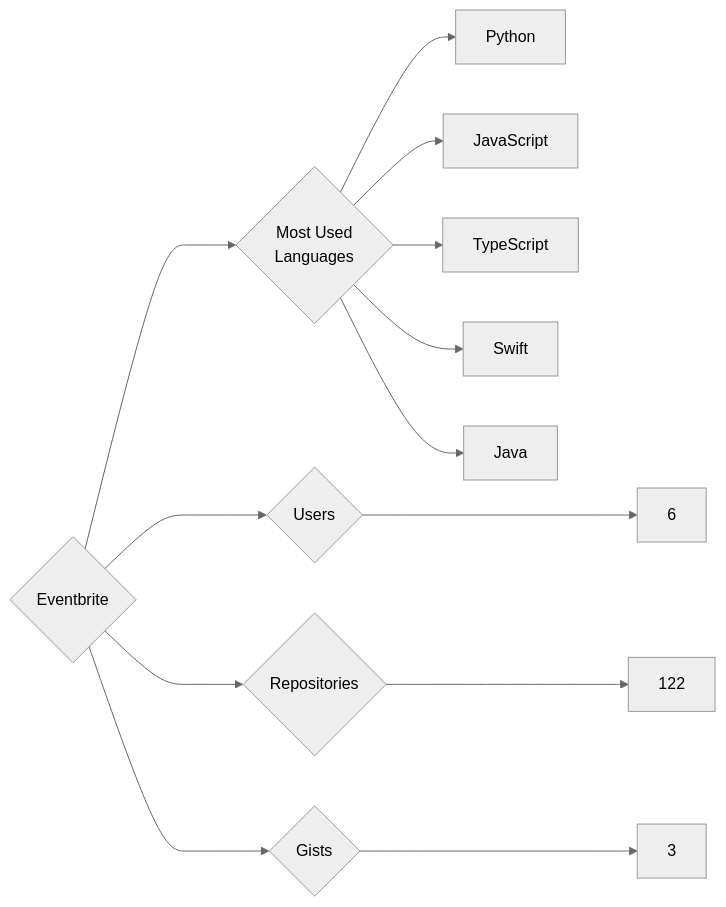
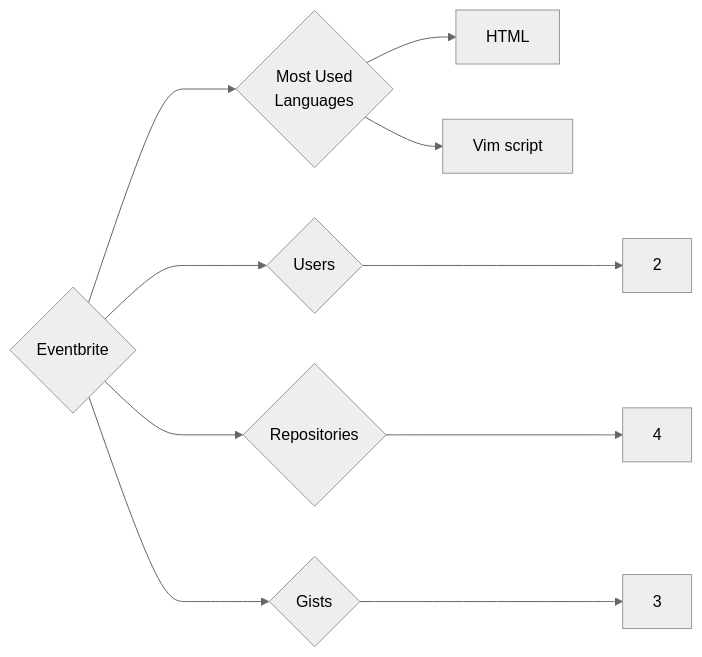
The diagram in targets/Eventbrite/README.md (trickest/insiders), drawn with Mermaid (neutral theme) before and after one commit. The commit also changed 925 other files, not shown here.

````diff
--- a/targets/Eventbrite/README.md
+++ b/targets/Eventbrite/README.md
@@ -3,13 +3,10 @@
 ```mermaid
 graph LR
 COMPANY_NAME{Eventbrite}
-COMPANY_NAME ---> U{Users} ---> UN[6]
-COMPANY_NAME ---> R{Repositories} ---> RN[122]
+COMPANY_NAME ---> U{Users} ---> UN[2]
+COMPANY_NAME ---> R{Repositories} ---> RN[4]
 COMPANY_NAME ---> G{Gists} ---> GN[3]
 COMPANY_NAME ---> ML{Most Used<br>Languages}
-ML --> Python[Python]
-ML --> JavaScript[JavaScript]
-ML --> TypeScript[TypeScript]
-ML --> Swift[Swift]
-ML --> Java[Java]
+ML --> HTML[HTML]
+ML --> Vim_script[Vim script]
 ```
````
